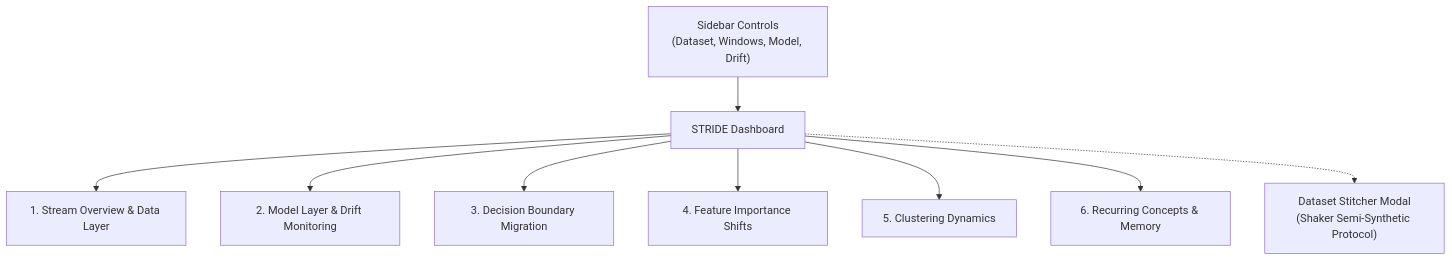
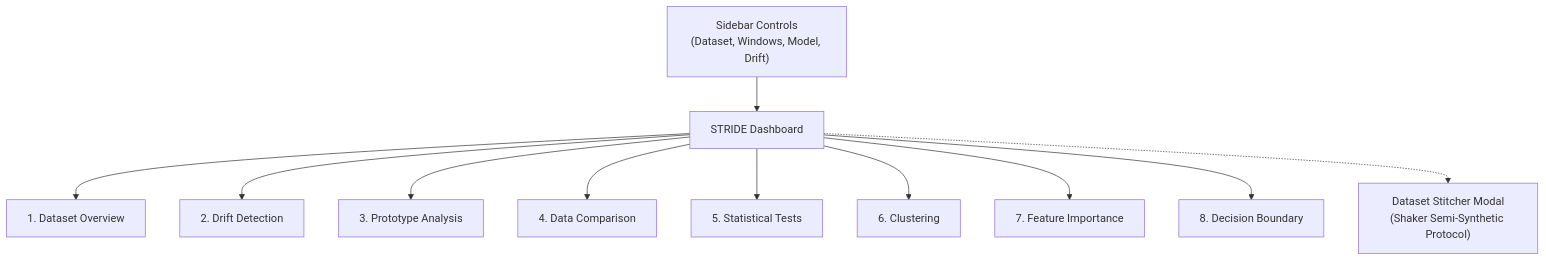
One commit to KubaCzech/STRIDE changed the diagram in docs/user-guide/dashboard.md. Above: the diagram before and after it, drawn with Mermaid. The commit also changed other lines of this file and 2 other files, not shown here.

Commit message:
feat(dashboard): implement the Statistical Tests tab

````diff
--- a/docs/user-guide/dashboard.md
+++ b/docs/user-guide/dashboard.md
@@ -49,11 +49,13 @@
 ```mermaid
 flowchart TD
     Config["Sidebar Controls\n(Dataset, Windows, Model, Drift)"] --> App["STRIDE Dashboard"]
-    App --> Tab1["1. Stream Overview & Data Layer"]
-    App --> Tab2["2. Model Layer & Drift Monitoring"]
-    App --> Tab3["3. Decision Boundary Migration"]
-    App --> Tab4["4. Feature Importance Shifts"]
-    App --> Tab5["5. Clustering Dynamics"]
-    App --> Tab6["6. Recurring Concepts & Memory"]
+    App --> Tab1["1. Dataset Overview"]
+    App --> Tab2["2. Drift Detection"]
+    App --> Tab3["3. Prototype Analysis"]
+    App --> Tab4["4. Data Comparison"]
+    App --> Tab5["5. Statistical Tests"]
+    App --> Tab6["6. Clustering"]
+    App --> Tab7["7. Feature Importance"]
+    App --> Tab8["8. Decision Boundary"]
     App -.-> Stitcher["Dataset Stitcher Modal\n(Shaker Semi-Synthetic Protocol)"]
 ```
````
